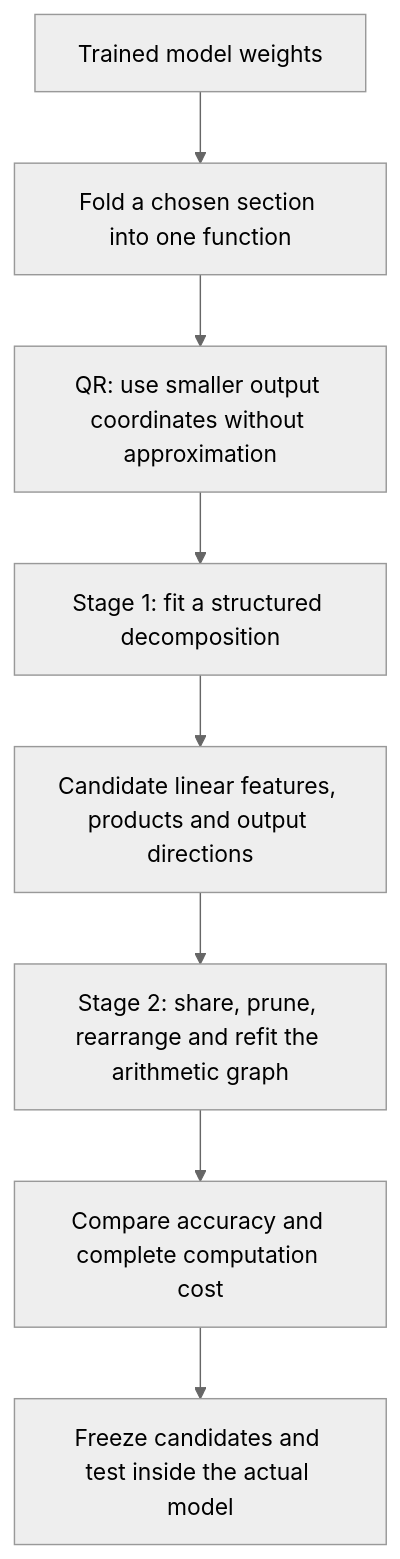
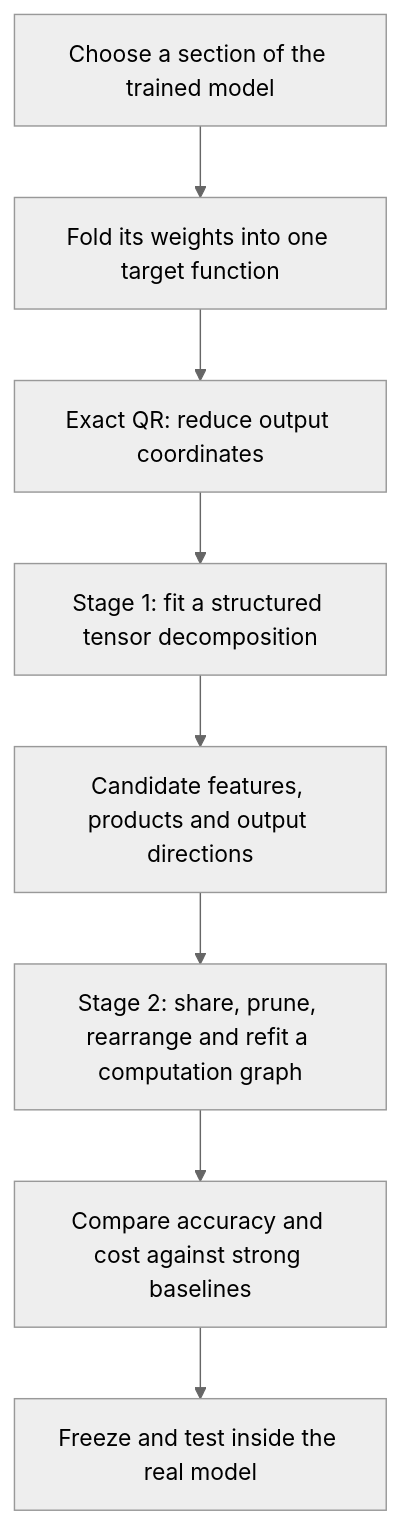
One commit to loganriggs/tensor_language changed the first of 2 diagrams in basis_aligned/polynomial_causal/explanations/for_logan/research_update_2026-09-21_0104_full_coverage_and_shared_baselines.md. Above: the diagram before and after it, drawn with Mermaid (neutral theme). The commit also changed other lines of this file and 3 other files, not shown here.

Commit message:
Clarify decomposition trajectory and prepare independent direction-fit audit

````diff
--- a/basis_aligned/polynomial_causal/explanations/for_logan/research_update_2026-09-21_0104_full_coverage_and_shared_baselines.md
+++ b/basis_aligned/polynomial_causal/explanations/for_logan/research_update_2026-09-21_0104_full_coverage_and_shared_baselines.md
@@ -11,10 +13,10 @@
 ```mermaid
 flowchart TD
-    A[Trained model weights] --> B[Fold a chosen section into one function]
-    B --> C[QR: use smaller output coordinates without approximation]
-    C --> D[Stage 1: fit a structured decomposition]
-    D --> E[Candidate linear features, products and output directions]
-    E --> F[Stage 2: share, prune, rearrange and refit the arithmetic graph]
-    F --> G[Compare accuracy and complete computation cost]
-    G --> H[Freeze candidates and test inside the actual model]
+    A[Choose a section of the trained model] --> B[Fold its weights into one target function]
+    B --> C[Exact QR: reduce output coordinates]
+    C --> D[Stage 1: fit a structured tensor decomposition]
+    D --> E[Candidate features, products and output directions]
+    E --> F[Stage 2: share, prune, rearrange and refit a computation graph]
+    F --> G[Compare accuracy and cost against strong baselines]
+    G --> H[Freeze and test inside the real model]
 ```
````
